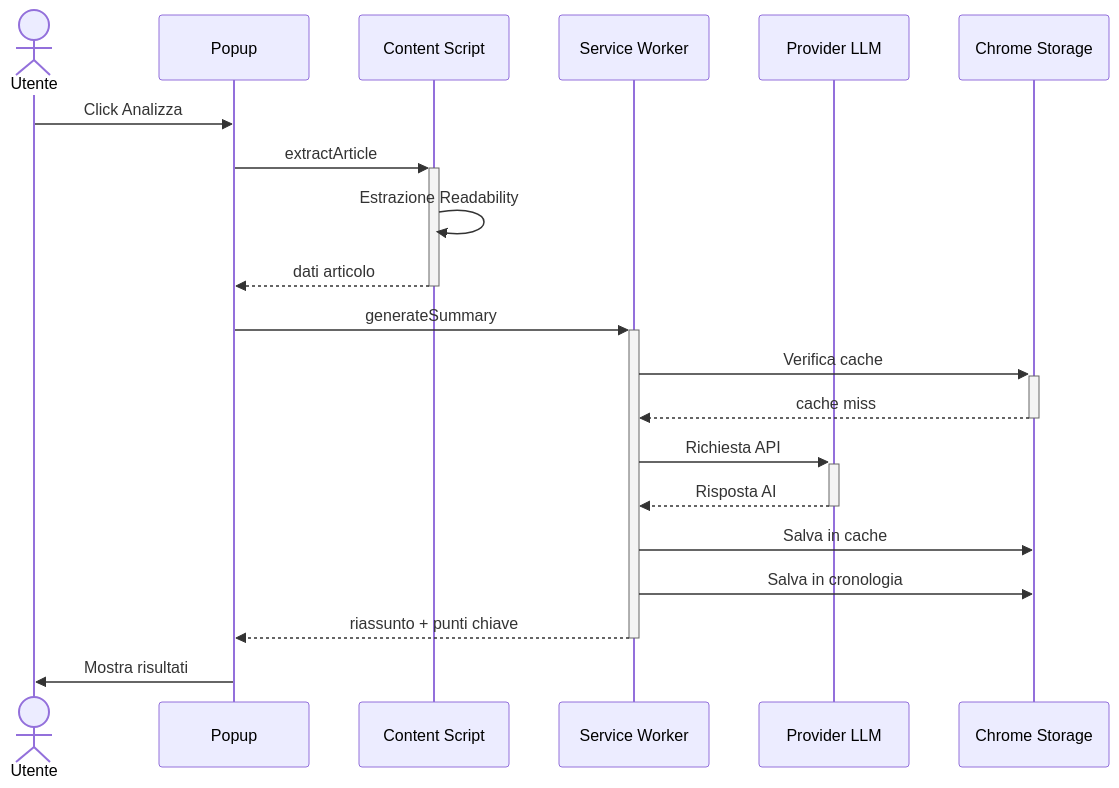
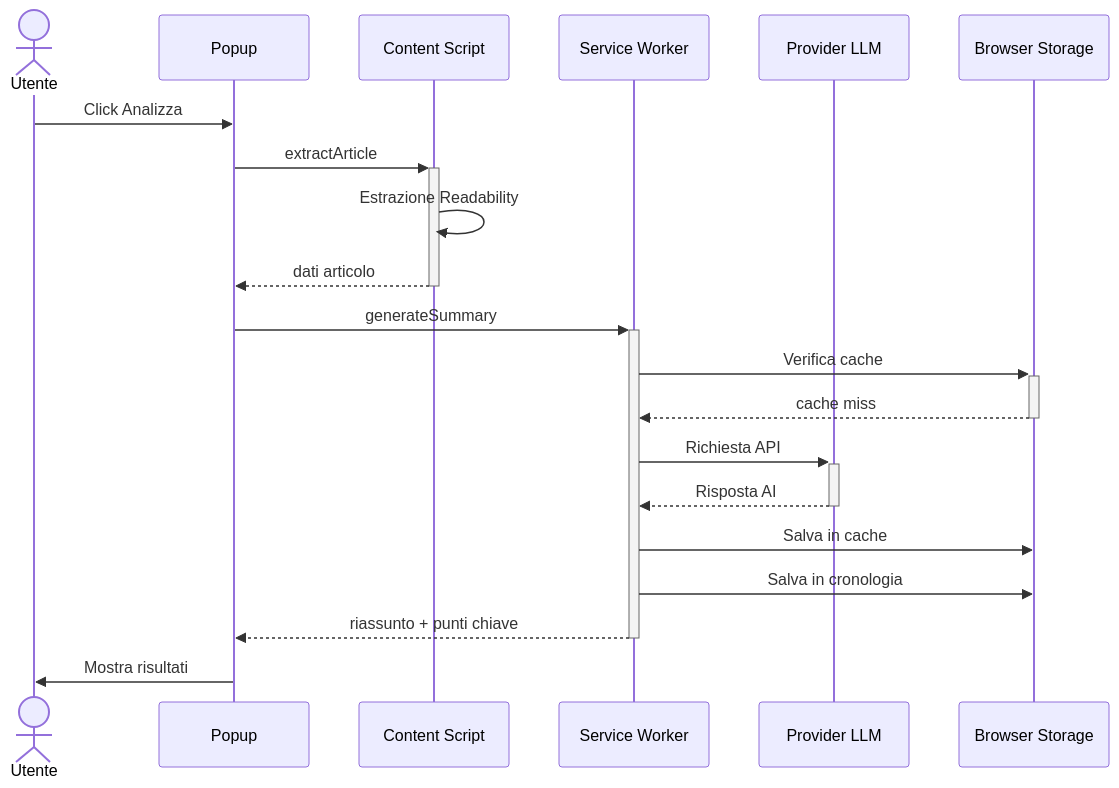
Before and after one commit to AndreaBonn/web-article-summarizer-firefox: the first of 2 diagrams in README.it.md, drawn with Mermaid. The commit also changed other lines of this file and 2 other files, not shown here.

````diff
--- a/README.it.md
+++ b/README.it.md
@@ -163,26 +167,26 @@
 ```mermaid
 sequenceDiagram
   actor user as Utente
   participant popup as Popup
   participant cs as Content Script
   participant sw as Service Worker
   participant llm as Provider LLM
-  participant store as Chrome Storage
+  participant store as Browser Storage
 
   user->>popup: Click Analizza
   popup->>+cs: extractArticle
   cs->>cs: Estrazione Readability
   cs-->>-popup: dati articolo
 
   popup->>+sw: generateSummary
   sw->>+store: Verifica cache
   store-->>-sw: cache miss
 
   sw->>+llm: Richiesta API
   llm-->>-sw: Risposta AI
 
   sw->>store: Salva in cache
   sw->>store: Salva in cronologia
   sw-->>-popup: riassunto + punti chiave
   popup->>user: Mostra risultati
 ```
````
